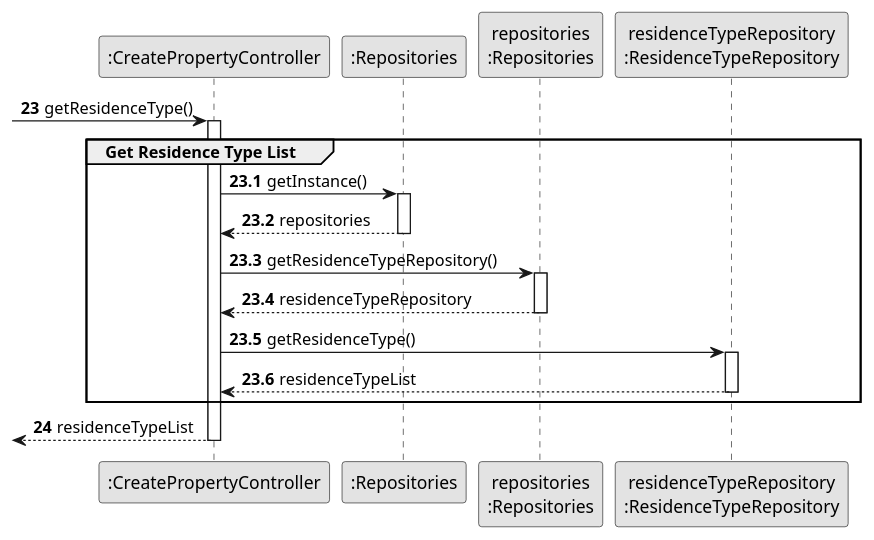
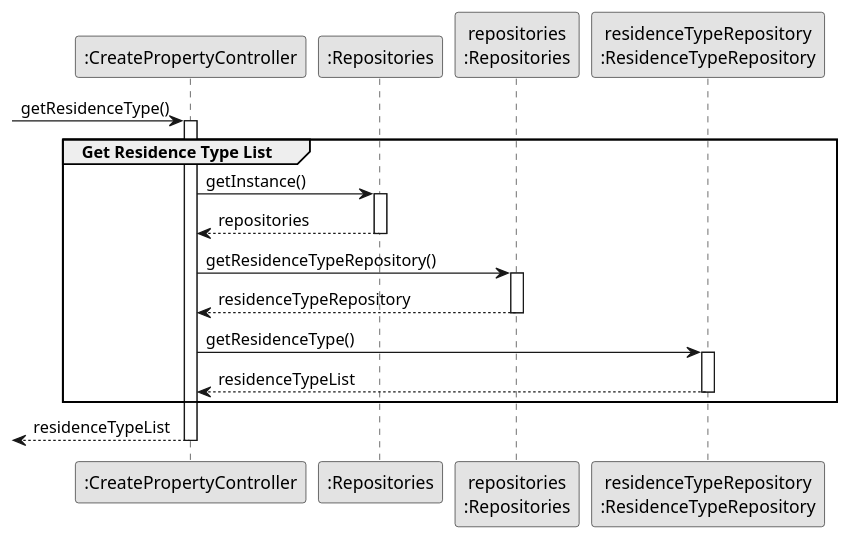
The diagram in docs/sprintB/us004/03.design/puml/type.related.diagrams/us004-sequence-diagram-partial-get-residence-type-list.puml (rita-barbosa/LAPR2-2223), drawn with PlantUML before and after one commit. The commit also changed 8 other files, not shown here.

```diff
--- a/docs/sprintB/us004/03.design/puml/type.related.diagrams/us004-sequence-diagram-partial-get-residence-type-list.puml
+++ b/docs/sprintB/us004/03.design/puml/type.related.diagrams/us004-sequence-diagram-partial-get-residence-type-list.puml
@@ -1,49 +1,44 @@
 @startuml
 
 skinparam monochrome true
 skinparam packageStyle rectangle
 skinparam shadowing false
 
 participant ":CreatePropertyController" as CTRL
 participant ":Repositories" as RepositorySingleton
 participant "repositories\n:Repositories" as PLAT
 participant "residenceTypeRepository\n:ResidenceTypeRepository" as ResidenceTypeRepository
 
-autonumber 23
 
 -> CTRL : getResidenceType()
 
      activate CTRL
 
      group Get Residence Type List
-
-     autonumber 23.1
 
      CTRL -> RepositorySingleton : getInstance()
 
      activate RepositorySingleton
 
      RepositorySingleton --> CTRL : repositories
      deactivate RepositorySingleton
 
      CTRL -> PLAT : getResidenceTypeRepository()
 
      activate PLAT
 
      PLAT --> CTRL : residenceTypeRepository
      deactivate PLAT
 
      CTRL -> ResidenceTypeRepository : getResidenceType()
 
      activate ResidenceTypeRepository
 
      ResidenceTypeRepository --> CTRL : residenceTypeList
      deactivate ResidenceTypeRepository
 
      end group
 
-     autonumber 24
-
      <-- CTRL : residenceTypeList
      deactivate CTRL
 @enduml
```
